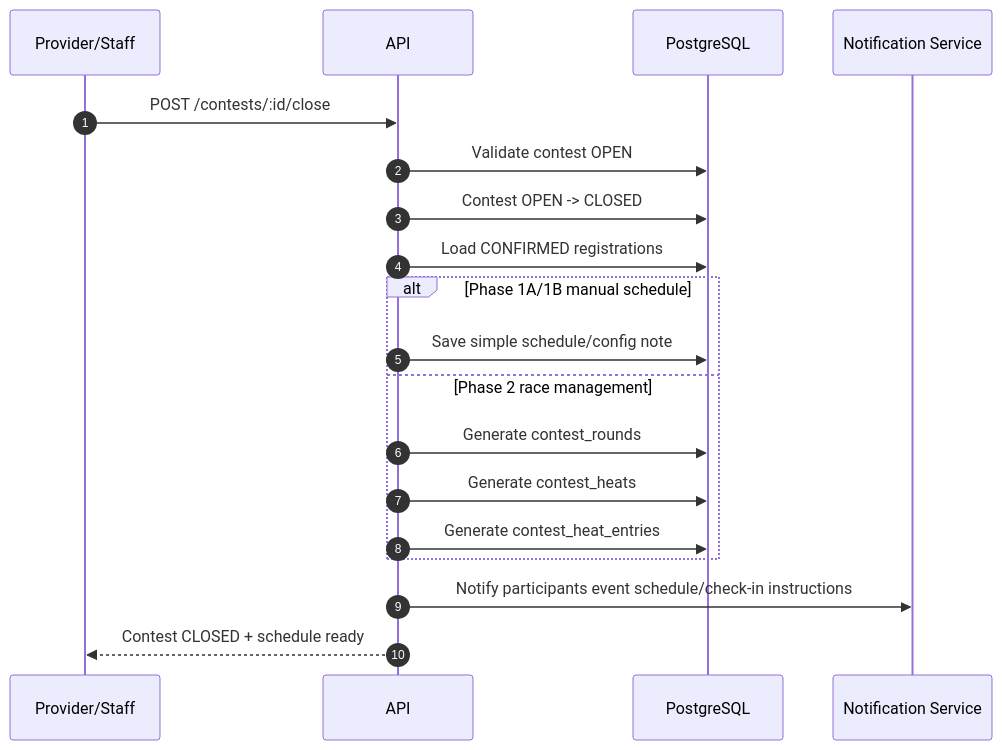
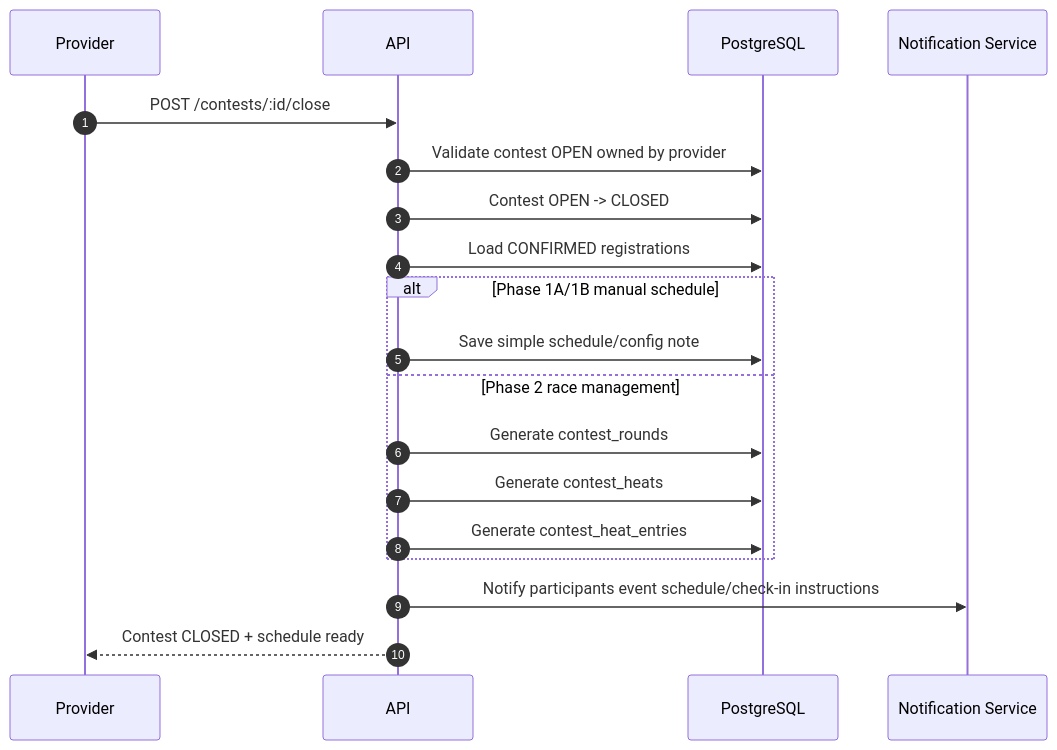
The sixth of 11 diagrams in docs/diagrams/sequence/sequence-flow-contest-lifecycle.md (RCField-SEP490/rcfield-spec), drawn with Mermaid before and after one commit. The commit also changed other lines of this file and 6 other files, not shown here.

Commit message:
docs: update contest multi-branch flow

````diff
--- a/docs/diagrams/sequence/sequence-flow-contest-lifecycle.md
+++ b/docs/diagrams/sequence/sequence-flow-contest-lifecycle.md
@@ -172,22 +197,22 @@
 ```mermaid
 sequenceDiagram
     autonumber
-    participant P as Provider/Staff
+    participant P as Provider
     participant API as API
     participant DB as PostgreSQL
     participant N as Notification Service
 
     P->>API: POST /contests/:id/close
-    API->>DB: Validate contest OPEN
+    API->>DB: Validate contest OPEN owned by provider
     API->>DB: Contest OPEN -> CLOSED
     API->>DB: Load CONFIRMED registrations
     alt Phase 1A/1B manual schedule
         API->>DB: Save simple schedule/config note
     else Phase 2 race management
         API->>DB: Generate contest_rounds
         API->>DB: Generate contest_heats
         API->>DB: Generate contest_heat_entries
     end
     API->>N: Notify participants event schedule/check-in instructions
     API-->>P: Contest CLOSED + schedule ready
 ```
````
